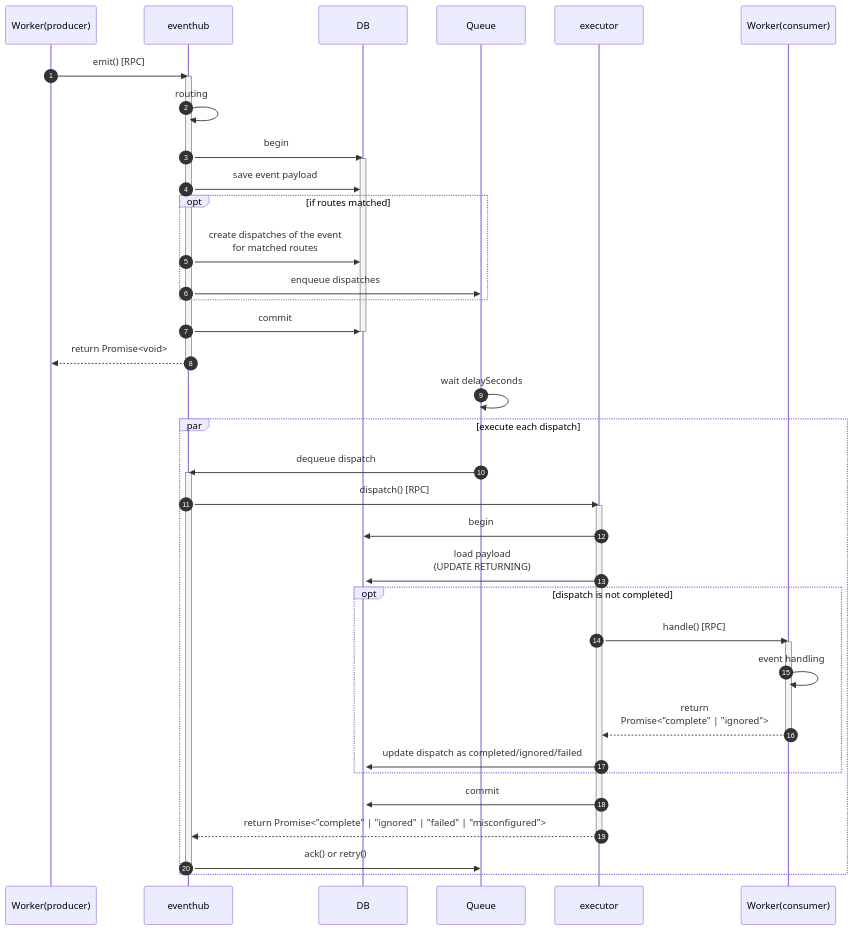
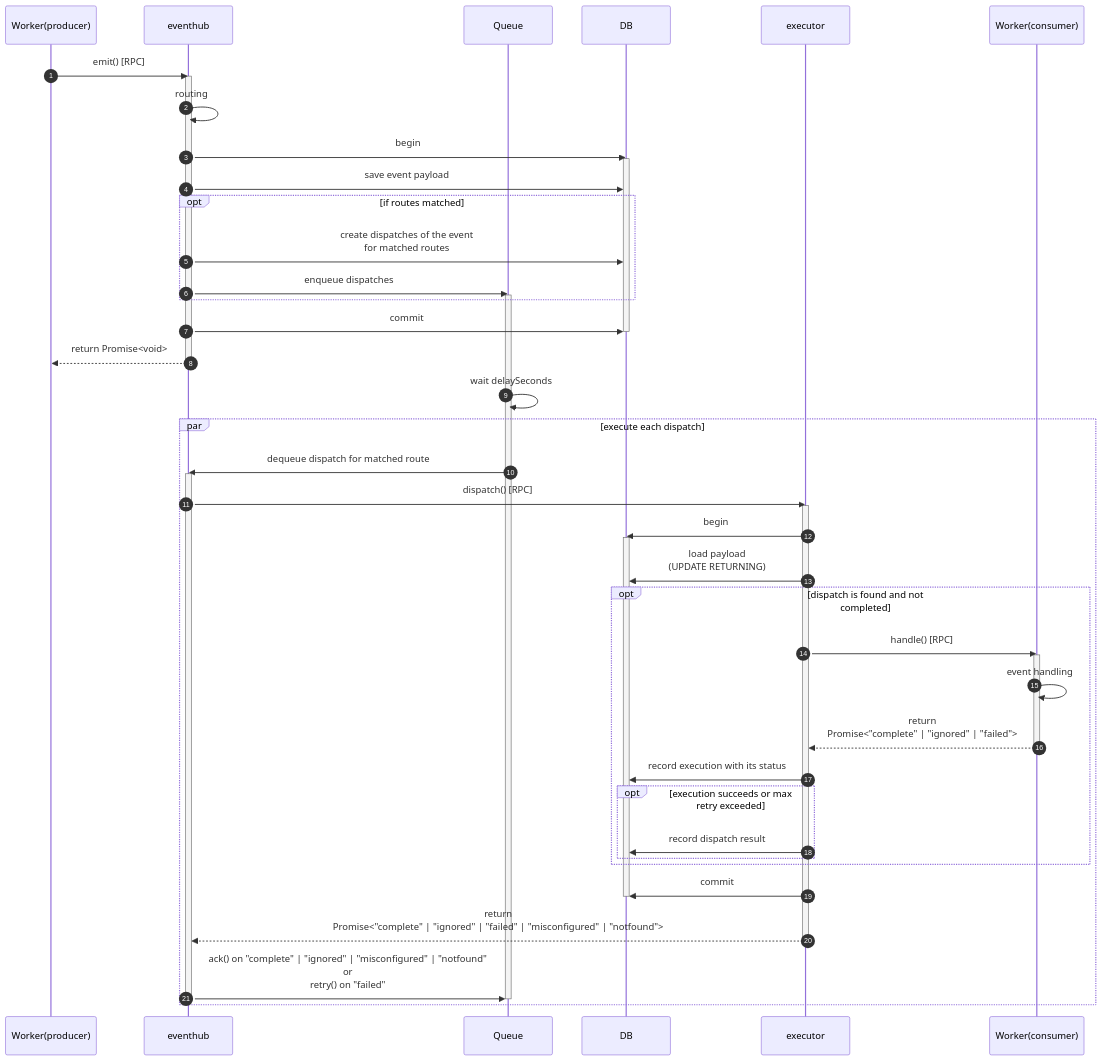
One commit to daichitakahashi/cf-eventhub changed the first of 2 diagrams in README.md. Above: the diagram before and after it, drawn with Mermaid. The commit also changed 4 other files, not shown here.

````diff
--- a/README.md
+++ b/README.md
@@ -11,51 +11,57 @@
 ```mermaid
 sequenceDiagram
   participant Worker1 as Worker(producer)
   participant eventhub as eventhub
+  participant Queue as Queue
   participant DB
-  participant Queue as Queue
   participant executor as executor
   participant Worker2 as Worker(consumer)
 
   autonumber
   Worker1 ->> eventhub: emit() [RPC]
   activate eventhub
   eventhub ->> eventhub: routing
   eventhub ->> DB: begin
   activate DB
   eventhub ->> DB: save event payload
   opt if routes matched
     eventhub ->> DB: create dispatches of the event<br>for matched routes
     eventhub ->> Queue: enqueue dispatches
+    activate Queue
   end
   eventhub ->> DB: commit
   deactivate DB
   eventhub -->> Worker1: return Promise<void>
   deactivate eventhub
 
   Queue ->> Queue: wait delaySeconds
 
   par execute each dispatch
-    Queue ->> eventhub: dequeue dispatch
+    Queue ->> eventhub: dequeue dispatch for matched route
     activate eventhub
     eventhub ->> executor: dispatch() [RPC]
     activate executor
     executor ->> DB: begin
     activate DB
     executor ->> DB: load payload<br>(UPDATE RETURNING)
-    opt dispatch is not completed
+    opt dispatch is found and not completed
       executor ->> Worker2: handle() [RPC]
       activate Worker2
       Worker2 ->> Worker2: event handling
-      Worker2 -->> executor: return<br>Promise<"complete" | "ignored">
+      Worker2 -->> executor: return<br>Promise<"complete" | "ignored" | "failed">
       deactivate Worker2
-      executor ->> DB: update dispatch as completed/ignored/failed
+      executor ->> DB: record execution with its status
+      opt execution succeeds or max retry exceeded
+        executor ->> DB: record dispatch result
+      end
     end
     executor ->> DB: commit
+    deactivate DB
 
-    executor -->> eventhub: return Promise<"complete" | "ignored" | "failed" | "misconfigured">
+    executor -->> eventhub: return<br>Promise<"complete" | "ignored" | "failed" | "misconfigured" | "notfound">
     deactivate executor
-    eventhub ->> Queue: ack() or retry()
+    eventhub ->> Queue: ack() on "complete" | "ignored" | "misconfigured" | "notfound"<br>or<br>retry() on "failed"
+    deactivate Queue
     deactivate eventhub
   end
 ```
````
